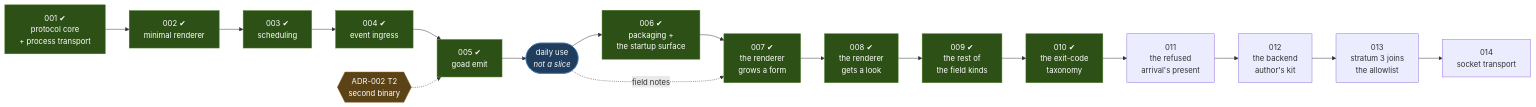
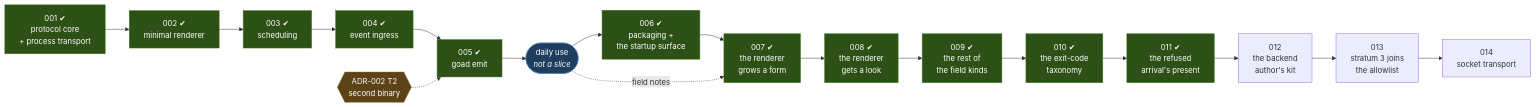
The diagram in docs/roadmap.md (davidlee/goad), drawn with Mermaid before and after one commit. The commit also changed other lines of this file, not shown here.

First line of the commit message:
011: close — roadmap: 011 done

````diff
--- a/docs/roadmap.md
+++ b/docs/roadmap.md
@@ -158,32 +166,32 @@
 ```mermaid
 graph LR
   S1["001 ✔<br/>protocol core<br/>+ process transport"]
   S2["002 ✔<br/>minimal renderer"]
   S3["003 ✔<br/>scheduling"]
   S4["004 ✔<br/>event ingress"]
   S5["005 ✔<br/>goad emit"]
   USE(["daily use<br/><i>not a slice</i>"])
   S6["006 ✔<br/>packaging +<br/>the startup surface"]
   S7["007 ✔<br/>the renderer<br/>grows a form"]
   S8["008 ✔<br/>the renderer<br/>gets a look"]
   S9["009 ✔<br/>the rest of<br/>the field kinds"]
   S10["010 ✔<br/>the exit-code<br/>taxonomy"]
-  S11["011<br/>the refused<br/>arrival's present"]
+  S11["011 ✔<br/>the refused<br/>arrival's present"]
   S12["012<br/>the backend<br/>author's kit"]
   S13["013<br/>stratum 3 joins<br/>the allowlist"]
   S14["014<br/>socket transport"]
 
   T2{{"ADR-002 T2<br/>second binary"}}
 
   S1 --> S2 --> S3 --> S4 --> S5 --> USE --> S6 --> S7 --> S8 --> S9 --> S10
   S10 --> S11 --> S12 --> S13 --> S14
   T2 -.-> S5
   USE -.->|field notes| S7
 
   classDef done fill:#2d5016,stroke:#4a7c26,color:#fff
   classDef trigger fill:#5c4317,stroke:#8a6620,color:#fff
   classDef use fill:#1f3d5c,stroke:#3a6ea5,color:#fff
-  class S1,S2,S3,S4,S5,S6,S7,S8,S9,S10 done
+  class S1,S2,S3,S4,S5,S6,S7,S8,S9,S10,S11 done
   class T2 trigger
   class USE use
 ```
````
